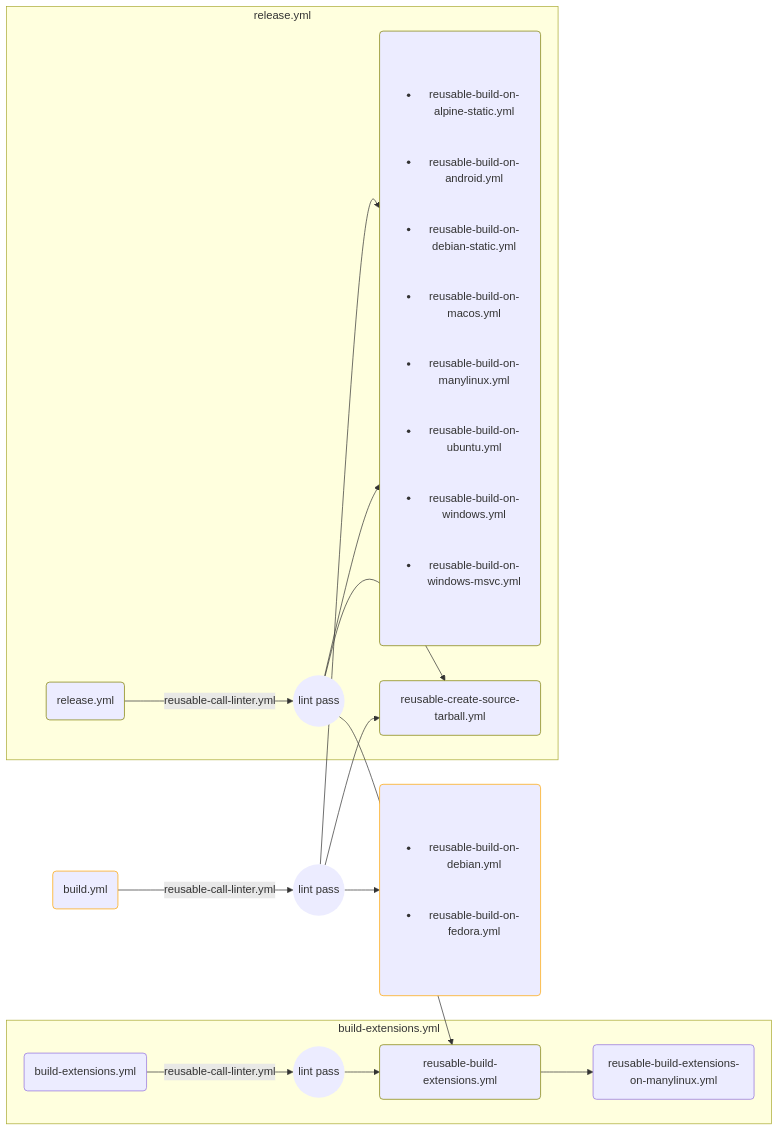
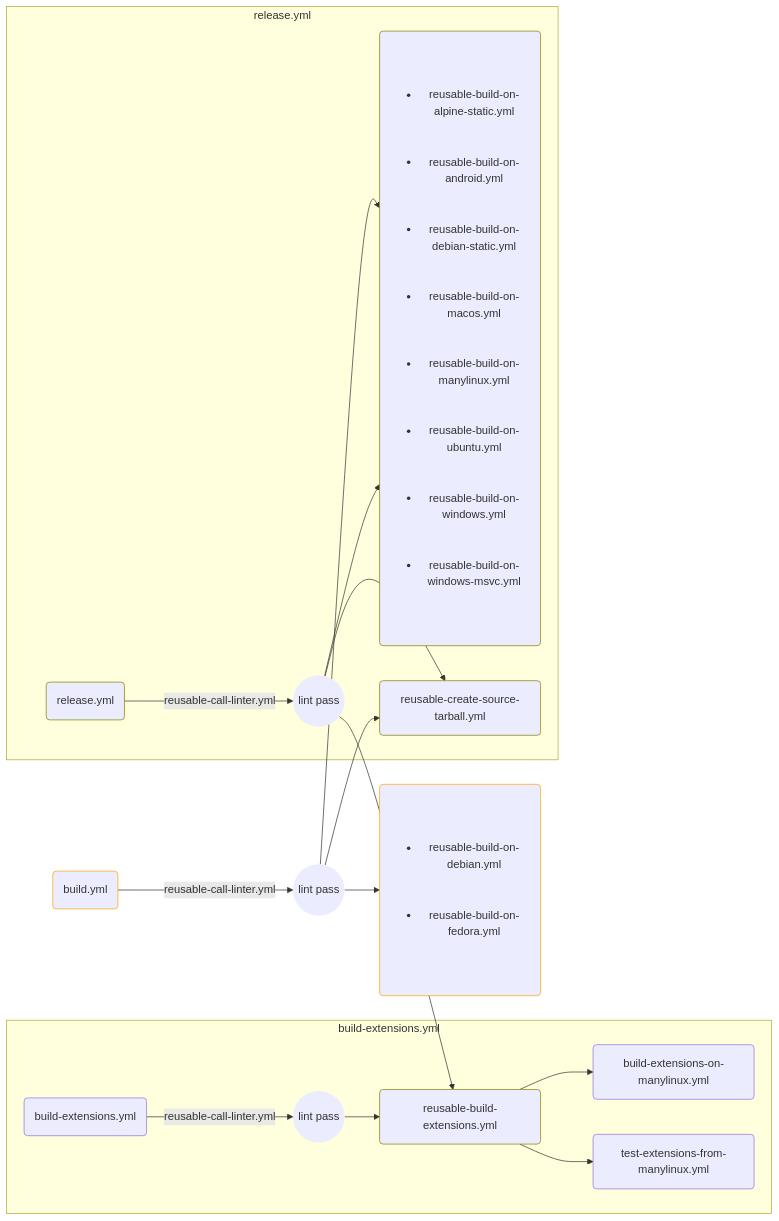
Before and after one commit to WasmEdge/WasmEdge: the second of 2 diagrams in .github/workflows/README.md, drawn with Mermaid. The commit also changed 3 other files, not shown here.

````diff
--- a/.github/workflows/README.md
+++ b/.github/workflows/README.md
@@ -56,36 +56,37 @@
 ```mermaid
 flowchart LR
     subgraph "build-extensions.yml"
         b_("build-extensions.yml")-->|reusable-call-linter.yml|l0(("lint pass"))
         l0-->b_ext("reusable-build-extensions.yml")
-        b_ext-->b_ext_m("reusable-build-extensions-on-manylinux.yml")
+        b_ext-->b_ext_m("build-extensions-on-manylinux.yml")
+        b_ext-->b_ext_t("test-extensions-from-manylinux.yml")
     end
     b("build.yml")-->|reusable-call-linter.yml|l1(("lint pass"))
     l1-->oss("<ul>
       <li>reusable-build-on-alpine-static.yml</li>
       <li>reusable-build-on-android.yml</li>
       <li>reusable-build-on-debian-static.yml</li>
       <li>reusable-build-on-macos.yml</li>
       <li>reusable-build-on-manylinux.yml</li>
       <li>reusable-build-on-ubuntu.yml</li>
       <li>reusable-build-on-windows.yml</li>
       <li>reusable-build-on-windows-msvc.yml</li>
     </ul>")
     subgraph "release.yml"
         rel("release.yml")-->|reusable-call-linter.yml|l2(("lint pass"))
         l2-->oss
         l2-->b_ext
         l2-->src
     end
     l1-->oss_extra("<ul>
       <li>reusable-build-on-debian.yml</li>
       <li>reusable-build-on-fedora.yml</li>
     </ul>")
     l1-->src("reusable-create-source-tarball.yml")
     classDef nostroke stroke:none;
     class l0,l1,l2 nostroke
     classDef relcls stroke:olive;
     class rel,oss,src,b_ext relcls
     classDef bcls stroke:orange;
     class b,oss_extra bcls
 ```
````
